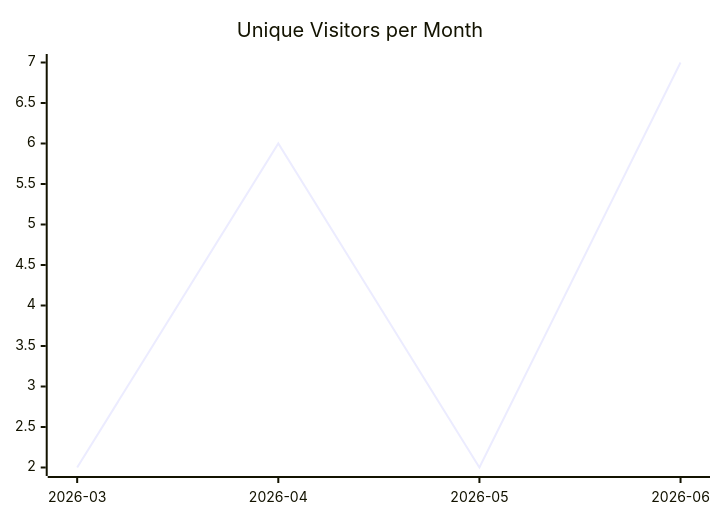
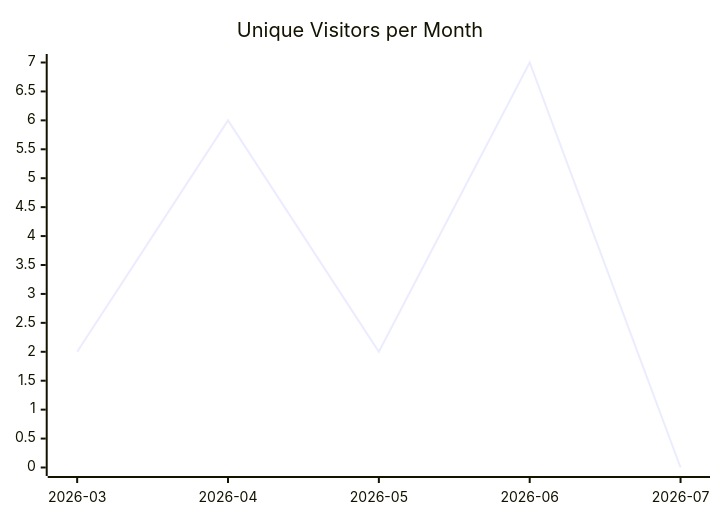
One commit to justdavis-family/github-analytics-data changed the first of 3 diagrams in karlmdavis/fhir-benchmarks/README.md. Above: the diagram before and after it, drawn with Mermaid. The commit also changed other lines of this file and 199 other files, not shown here.

````diff
--- a/karlmdavis/fhir-benchmarks/README.md
+++ b/karlmdavis/fhir-benchmarks/README.md
@@ -5,6 +5,6 @@
 ```mermaid
 xychart-beta
   title "Unique Visitors per Month"
-  x-axis ["2026-03", "2026-04", "2026-05", "2026-06"]
-  line [2, 6, 2, 7]
+  x-axis ["2026-03", "2026-04", "2026-05", "2026-06", "2026-07"]
+  line [2, 6, 2, 7, 0]
 ```
````
